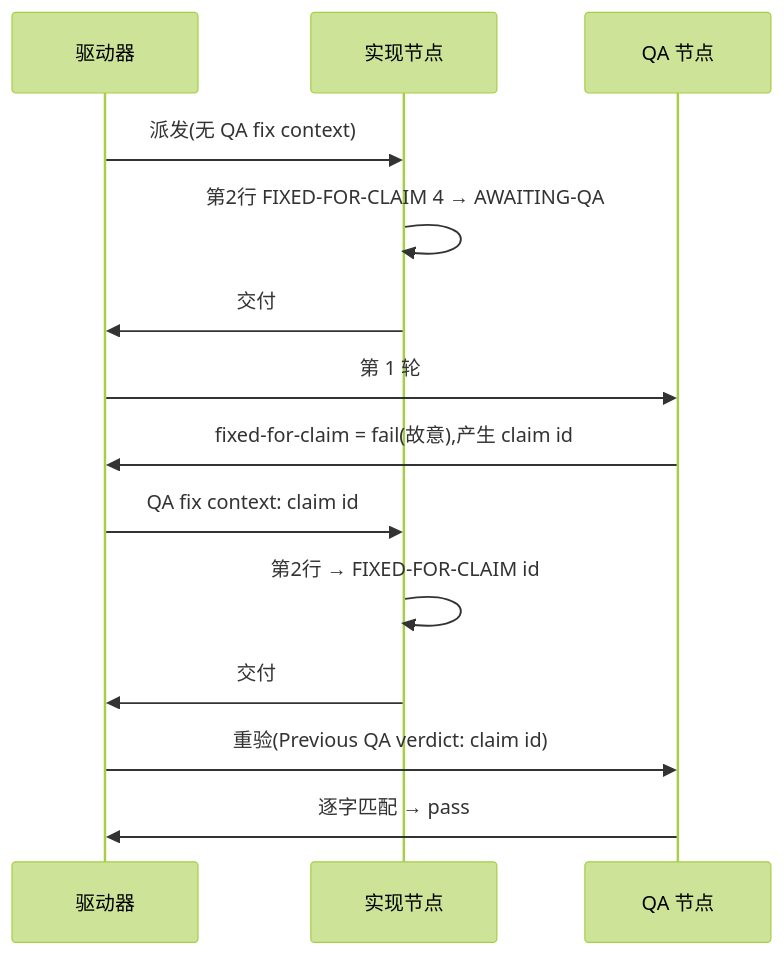
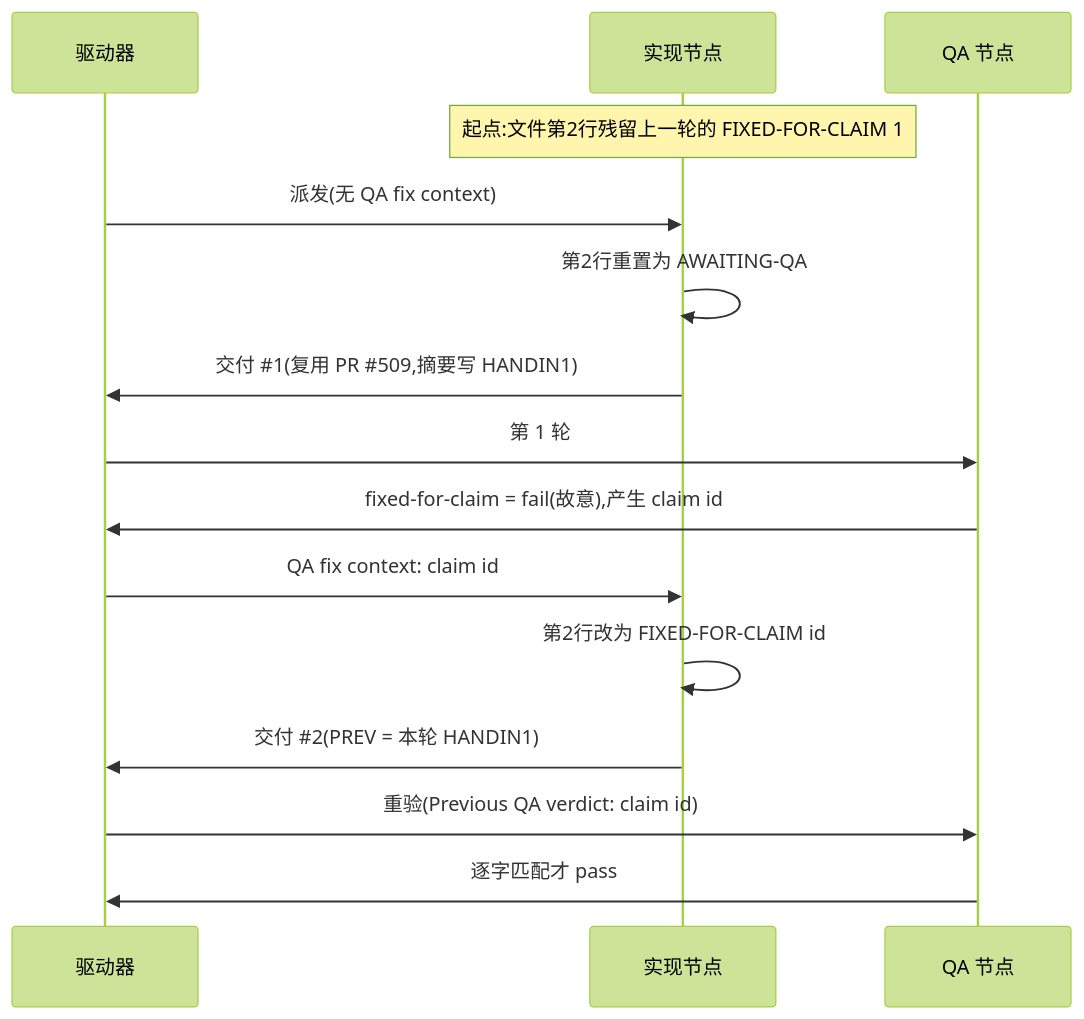
The diagram in engineering/doc/FLY-3150-real-runner-drill/d1-core-flow.mmd (xrliAnnie/flywheel-qa-sandbox), drawn with Mermaid (forest theme) before and after one commit. The commit also changed 8 other files, not shown here.

```diff
--- a/engineering/doc/FLY-3150-real-runner-drill/d1-core-flow.mmd
+++ b/engineering/doc/FLY-3150-real-runner-drill/d1-core-flow.mmd
@@ -1,14 +1,15 @@
 sequenceDiagram
     participant D as 驱动器
     participant I as 实现节点
     participant Q as QA 节点
+    Note over I: 起点:文件第2行残留上一轮的 FIXED-FOR-CLAIM 1
     D->>I: 派发(无 QA fix context)
-    I->>I: 第2行 FIXED-FOR-CLAIM 4 → AWAITING-QA
-    I->>D: 交付 #1(PR 级范围断言通过)
+    I->>I: 第2行重置为 AWAITING-QA
+    I->>D: 交付 #35;1(复用 PR #35;509,摘要写 HANDIN1)
     D->>Q: 第 1 轮
     Q->>D: fixed-for-claim = fail(故意),产生 claim id
     D->>I: QA fix context: claim id
-    I->>I: 第2行 → FIXED-FOR-CLAIM id
-    I->>D: 交付 #2
+    I->>I: 第2行改为 FIXED-FOR-CLAIM id
+    I->>D: 交付 #35;2(PREV = 本轮 HANDIN1)
     D->>Q: 重验(Previous QA verdict: claim id)
-    Q->>D: 逐字匹配 → pass
+    Q->>D: 逐字匹配才 pass
```
